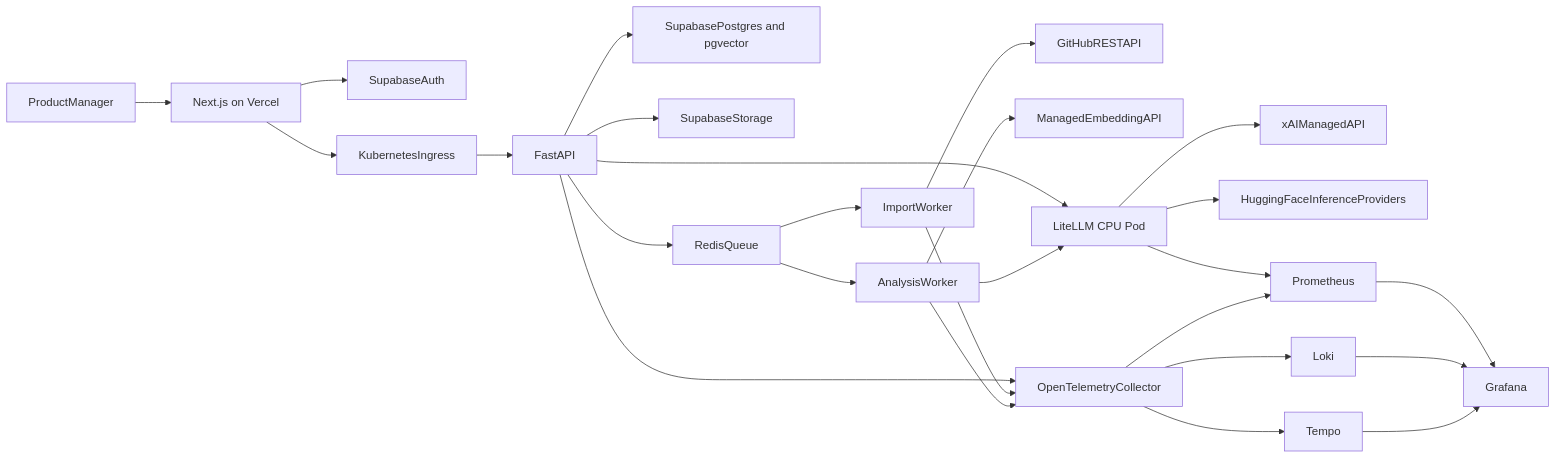
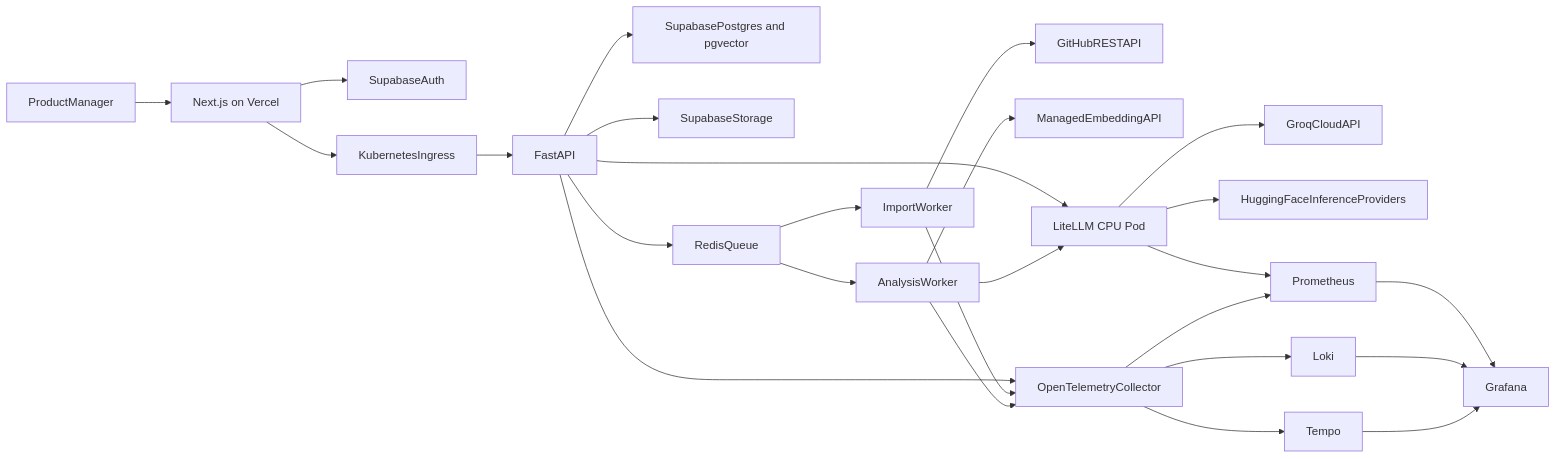
One commit to shailee2036/AI-Product-Feedback-Intelligence-Hub changed the first of 8 diagrams in PROJECT_PLAN.md. Above: the diagram before and after it, drawn with Mermaid. The commit also changed other lines of this file, not shown here.

Commit message:
docs: switch generation provider from xAI to Groq free plan

````diff
--- a/PROJECT_PLAN.md
+++ b/PROJECT_PLAN.md
@@ -285,28 +313,28 @@
 ```mermaid
 flowchart LR
     User[ProductManager] --> Web["Next.js on Vercel"]
     Web --> Auth[SupabaseAuth]
     Web --> Ingress[KubernetesIngress]
     Ingress --> Api[FastAPI]
     Api --> Db["SupabasePostgres and pgvector"]
     Api --> Store[SupabaseStorage]
     Api --> Queue[RedisQueue]
     Queue --> Importer[ImportWorker]
     Queue --> Analyzer[AnalysisWorker]
     Importer --> GitHub[GitHubRESTAPI]
     Analyzer --> Embed[ManagedEmbeddingAPI]
     Api --> Gateway["LiteLLM CPU Pod"]
     Analyzer --> Gateway
-    Gateway --> Xai[xAIManagedAPI]
+    Gateway --> Groq[GroqCloudAPI]
     Gateway --> HF[HuggingFaceInferenceProviders]
     Api --> Otel[OpenTelemetryCollector]
     Importer --> Otel
     Analyzer --> Otel
     Gateway --> Prometheus[Prometheus]
     Otel --> Prometheus
     Otel --> Loki[Loki]
     Otel --> Tempo[Tempo]
     Prometheus --> Grafana[Grafana]
     Loki --> Grafana
     Tempo --> Grafana
 ```
````
